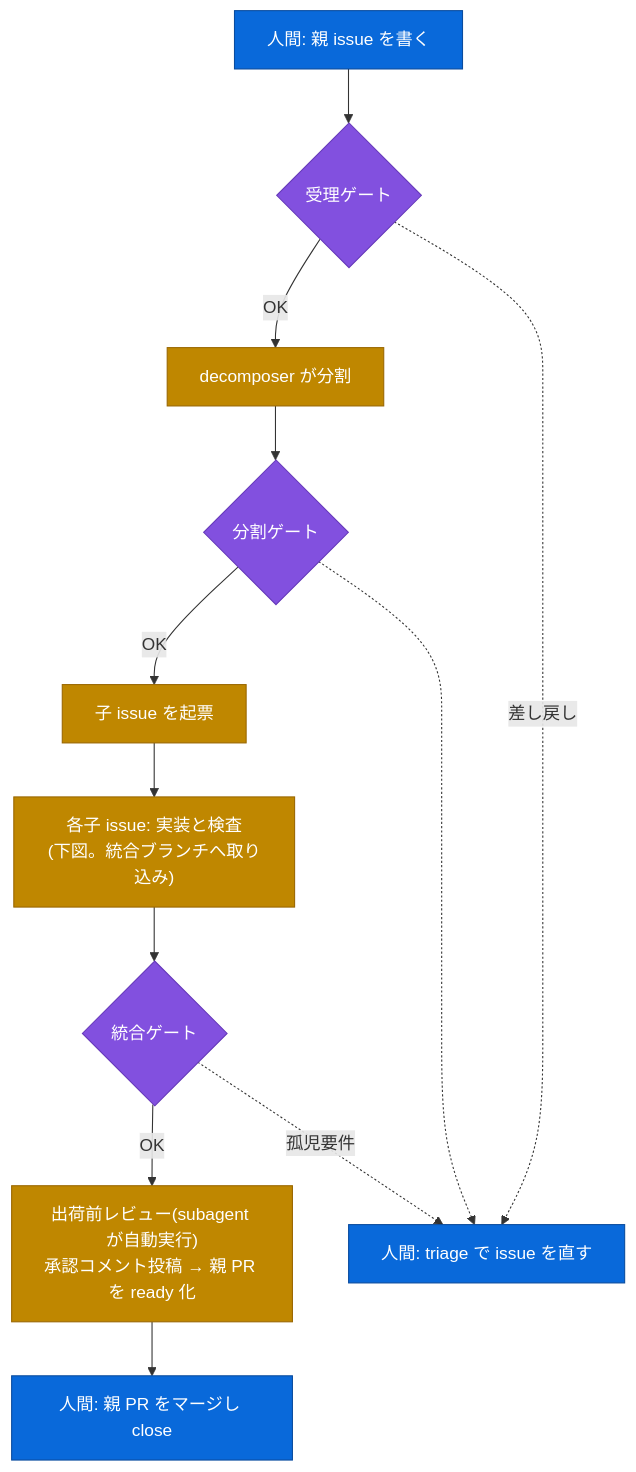
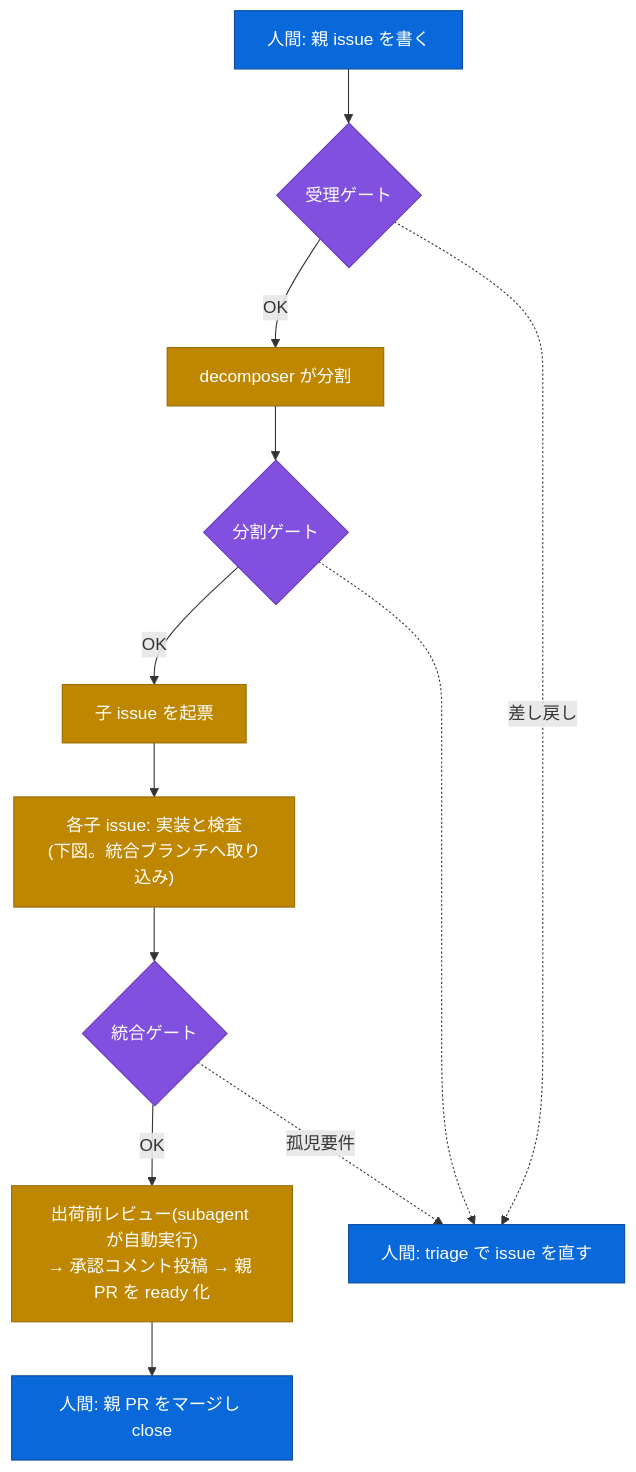
Before and after one commit to reonyanarticle/tasuki: the first of 3 diagrams in README.md, drawn with Mermaid. The commit also changed other lines of this file and 18 other files, not shown here.

````diff
--- a/README.md
+++ b/README.md
@@ -58,22 +58,22 @@
 ```mermaid
 flowchart TD
     accTitle: tasuki の全体の流れ
     accDescr: 人間が親 issue を書くと、受理ゲートと分割ゲートを経て子 issue に分かれる。各子はループが実装と検査を行い、統合ブランチへ取り込まれる。統合ゲートと出荷前レビューを経て、人間が親 PR を1回だけマージする。ゲートの差し戻しは triage として人間に戻る。
     classDef human fill:#0969da,stroke:#0a4c9e,color:#fff
     classDef gate fill:#8250df,stroke:#6639ba,color:#fff
     classDef work fill:#bf8700,stroke:#9a6700,color:#fff
 
     H0["人間: 親 issue を書く"]:::human --> intake{"受理ゲート"}:::gate
     intake -->|OK| D["decomposer が分割"]:::work
     D --> split{"分割ゲート"}:::gate
     split -->|OK| C["子 issue を起票"]:::work
     C --> IN["各子 issue: 実装と検査<br/>(下図。統合ブランチへ取り込み)"]:::work
     IN --> integration{"統合ゲート"}:::gate
-    integration -->|OK| PR["出荷前レビュー(subagent が自動実行)<br/>承認コメント投稿 → 親 PR を ready 化"]:::work
+    integration -->|OK| PR["出荷前レビュー(subagent が自動実行)<br/>→ 承認コメント投稿 → 親 PR を ready 化"]:::work
     PR --> HM["人間: 親 PR をマージし close"]:::human
 
     T["人間: triage で issue を直す"]:::human
     intake -.->|差し戻し| T
     split -.-> T
     integration -.->|孤児要件| T
 ```
````
